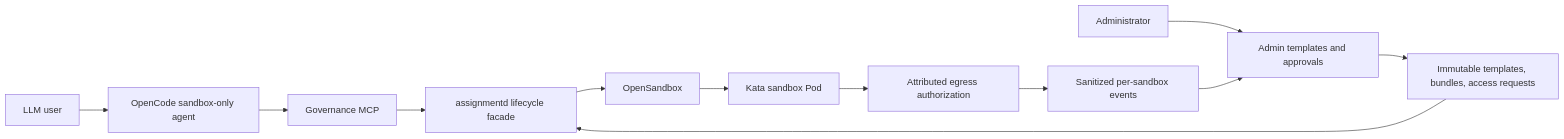
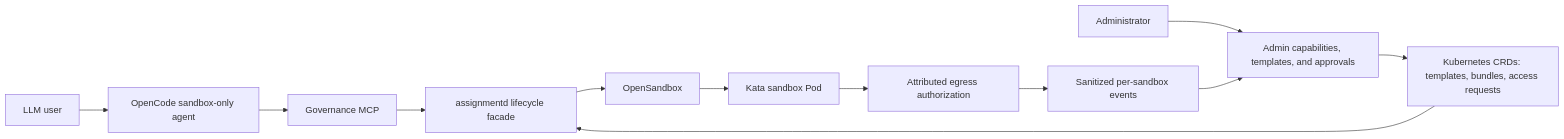
One commit to chrischangcode/opensandbox-aks-governance-poc changed the diagram in docs/live-demo-report.md. Above: the diagram before and after it, drawn with Mermaid. The commit also changed other lines of this file and 28 other files, not shown here.

First line of the commit message:
Add admin-defined sandbox capabilities

````diff
--- a/docs/live-demo-report.md
+++ b/docs/live-demo-report.md
@@ -64,14 +73,14 @@
 ```mermaid
 flowchart LR
     User[LLM user] --> OpenCode[OpenCode sandbox-only agent]
-    Admin[Administrator] --> AdminUI[Admin templates and approvals]
+    Admin[Administrator] --> AdminUI[Admin capabilities, templates, and approvals]
     OpenCode --> MCP[Governance MCP]
     MCP --> Assignmentd[assignmentd lifecycle facade]
-    AdminUI --> CRDs[Immutable templates, bundles, access requests]
+    AdminUI --> CRDs[Kubernetes CRDs: templates, bundles, access requests]
     Assignmentd --> OpenSandbox[OpenSandbox]
     OpenSandbox --> Kata[Kata sandbox Pod]
     CRDs --> Assignmentd
     Kata --> Authz[Attributed egress authorization]
     Authz --> Events[Sanitized per-sandbox events]
     Events --> AdminUI
 ```
````
